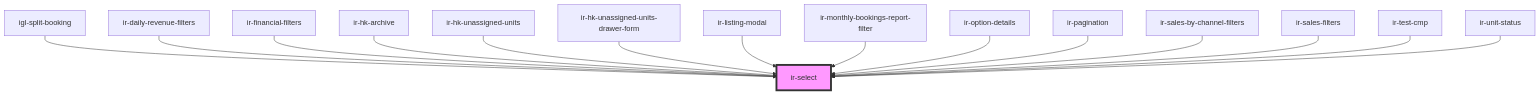
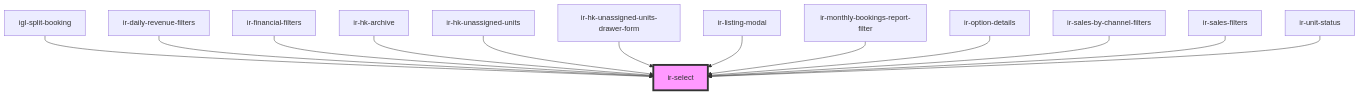
One commit to RonyRizk/ir-webcmp changed the diagram in src/components/ui/ir-select/readme.md. Above: the diagram before and after it, drawn with Mermaid. The commit also changed other lines of this file and 586 other files, not shown here.

````diff
--- a/src/components/ui/ir-select/readme.md
+++ b/src/components/ui/ir-select/readme.md
@@ -77,18 +75,16 @@
 ```mermaid
 graph TD;
   igl-split-booking --> ir-select
   ir-daily-revenue-filters --> ir-select
   ir-financial-filters --> ir-select
   ir-hk-archive --> ir-select
   ir-hk-unassigned-units --> ir-select
   ir-hk-unassigned-units-drawer-form --> ir-select
   ir-listing-modal --> ir-select
   ir-monthly-bookings-report-filter --> ir-select
   ir-option-details --> ir-select
-  ir-pagination --> ir-select
   ir-sales-by-channel-filters --> ir-select
   ir-sales-filters --> ir-select
-  ir-test-cmp --> ir-select
   ir-unit-status --> ir-select
   style ir-select fill:#f9f,stroke:#333,stroke-width:4px
 ```
````
